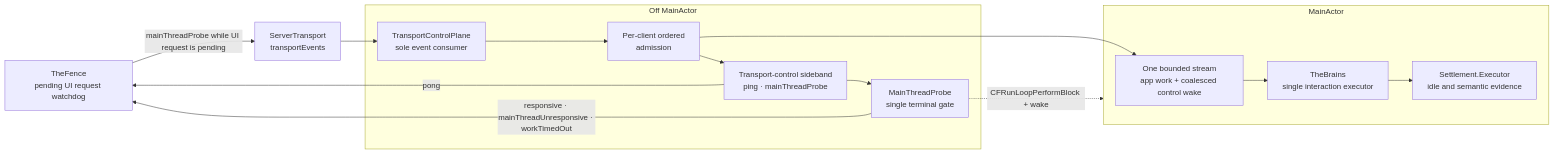
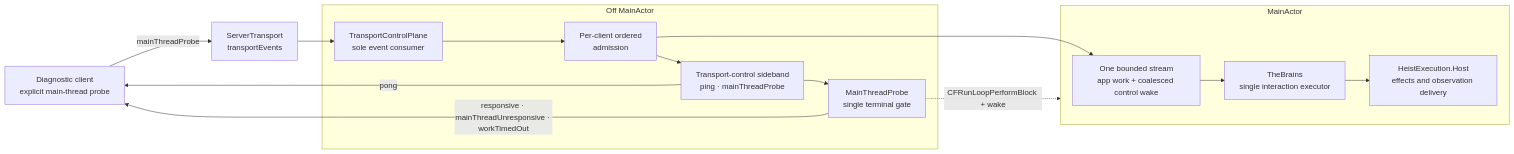
Before and after one commit to RoyalPineapple/TheButtonHeist: the first of 2 diagrams in docs/diagrams/transport-control-plane.md, drawn with Mermaid. The commit also changed other lines of this file and 516 other files, not shown here.

First line of the commit message:
Replace settlement with one deterministic heist machine (#1404)

````diff
--- a/docs/diagrams/transport-control-plane.md
+++ b/docs/diagrams/transport-control-plane.md
@@ -13,30 +13,30 @@
 ```mermaid
 flowchart LR
-    FENCE["TheFence<br/>pending UI request watchdog"]
+    CLIENT["Diagnostic client<br/>explicit main-thread probe"]
     SOCKET["ServerTransport<br/>transportEvents"]
 
     subgraph offmain["Off MainActor"]
         CONTROL["TransportControlPlane<br/>sole event consumer"]
         ADMISSION["Per-client ordered<br/>admission"]
         SIDEBAND["Transport-control sideband<br/>ping · mainThreadProbe"]
         PROBE["MainThreadProbe<br/>single terminal gate"]
     end
 
     subgraph main["MainActor"]
         STREAM["One bounded stream<br/>app work + coalesced control wake"]
         BRAINS["TheBrains<br/>single interaction executor"]
-        SETTLE["Settlement.Executor<br/>idle and semantic evidence"]
+        HEIST["HeistExecution.Host<br/>effects and observation delivery"]
     end
 
-    FENCE -- "mainThreadProbe while UI request is pending" --> SOCKET
+    CLIENT -- "mainThreadProbe" --> SOCKET
     SOCKET --> CONTROL
     CONTROL --> ADMISSION
     ADMISSION --> SIDEBAND
     ADMISSION --> STREAM
-    SIDEBAND -- "pong" --> FENCE
+    SIDEBAND -- "pong" --> CLIENT
     SIDEBAND --> PROBE
-    PROBE -- "responsive · mainThreadUnresponsive · workTimedOut" --> FENCE
+    PROBE -- "responsive · mainThreadUnresponsive · workTimedOut" --> CLIENT
     PROBE -. "CFRunLoopPerformBlock + wake" .-> main
     STREAM --> BRAINS
-    BRAINS --> SETTLE
+    BRAINS --> HEIST
 ```
````
